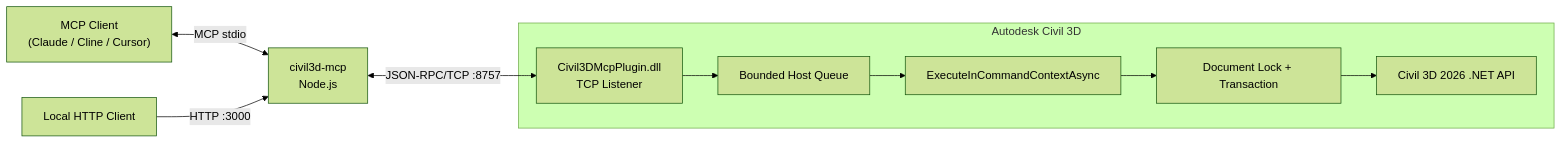
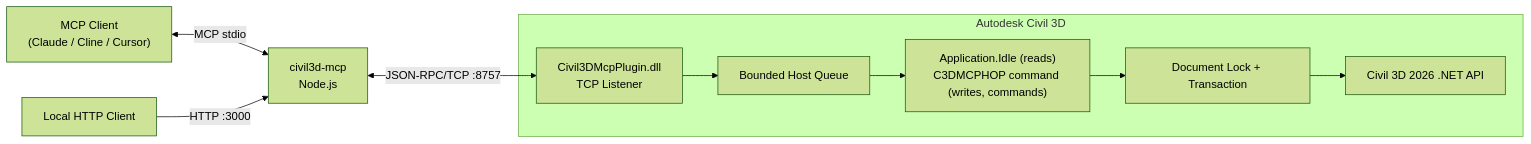
One commit to jorgegarcias60/Civil3D-mcp changed the diagram in README.md. Above: the diagram before and after it, drawn with Mermaid (forest theme). The commit also changed other lines of this file and 17 other files, not shown here.

````diff
--- a/README.md
+++ b/README.md
@@ -467,16 +467,16 @@
 ```mermaid
 flowchart LR
     Client["MCP Client\n(Claude / Cline / Cursor)"] <-->|"MCP stdio"| Server["civil3d-mcp\nNode.js"]
     HttpClient["Local HTTP Client"] -->|"HTTP :3000"| Server
     Server <-->|"JSON-RPC/TCP :8757"| Plugin
 
     subgraph Civil3D ["Autodesk Civil 3D"]
         Plugin["Civil3DMcpPlugin.dll\nTCP Listener"]
         Queue["Bounded Host Queue"]
-        Context["ExecuteInCommandContextAsync"]
+        Context["Application.Idle (reads)\nC3DMCPHOP command (writes, commands)"]
         Safety["Document Lock + Transaction"]
         API["Civil 3D 2026 .NET API"]
 
         Plugin --> Queue --> Context --> Safety --> API
     end
 ```
````
